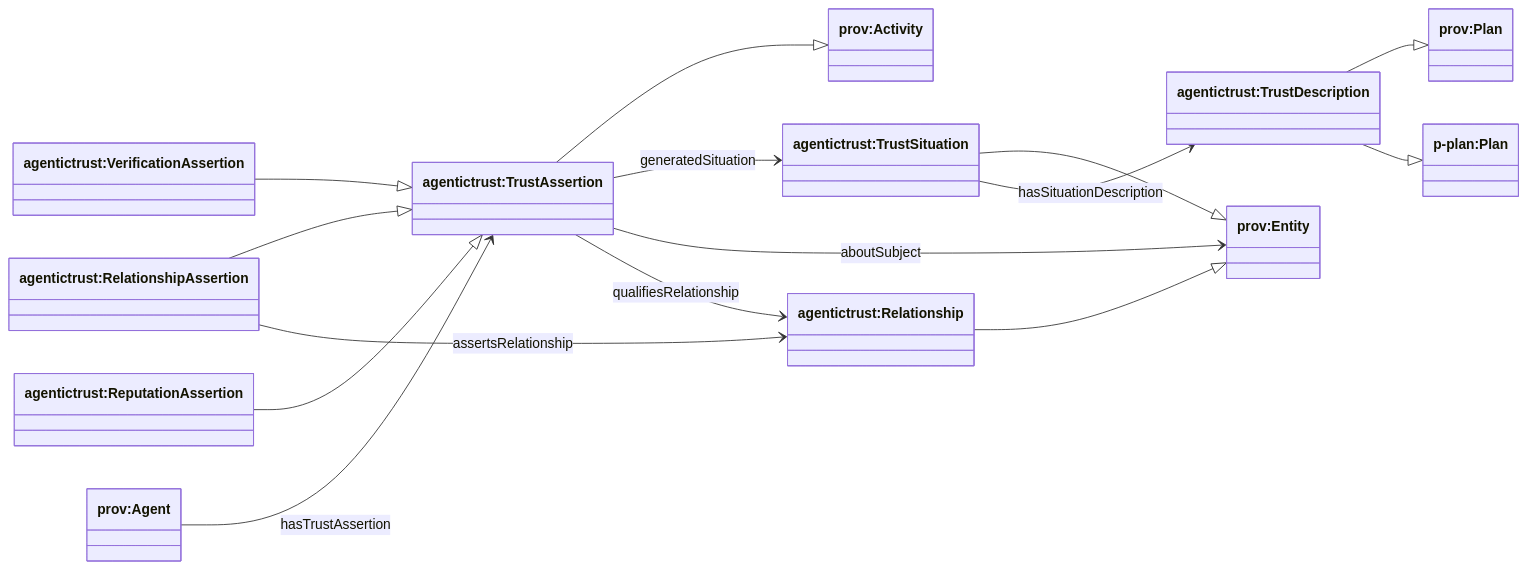
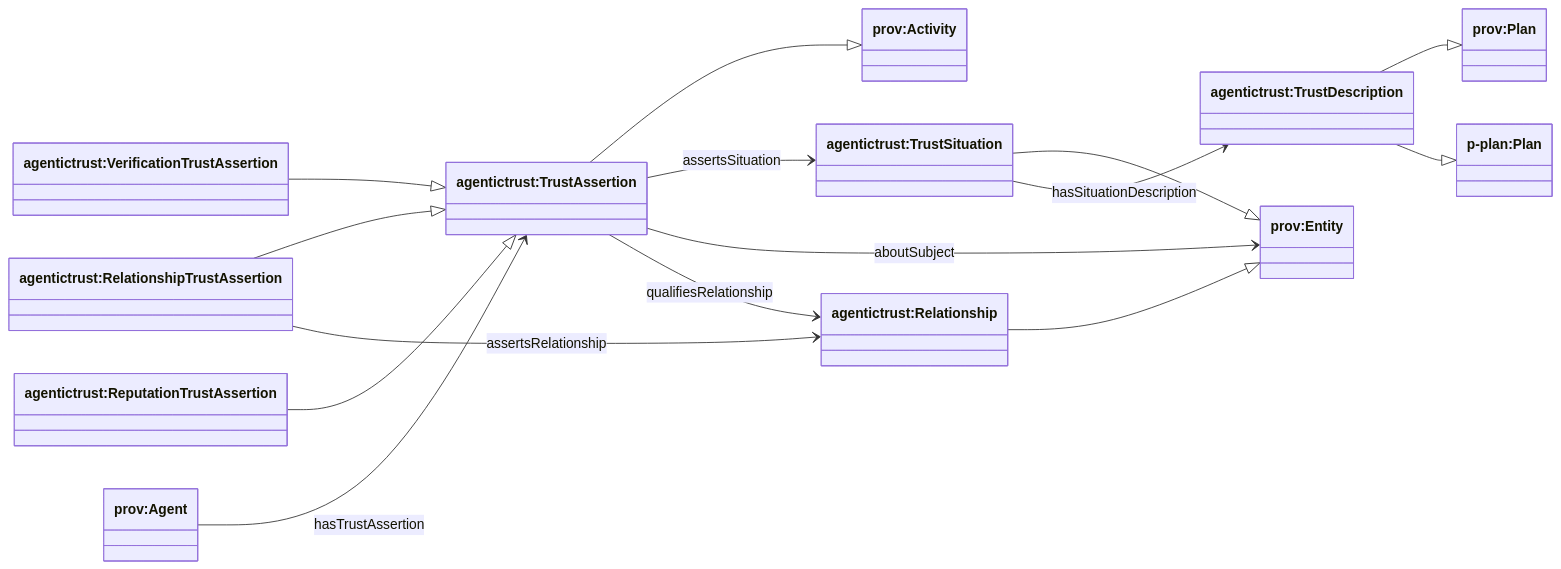
One commit to Agentic-Trust-Layer/agent-explorer changed the first of 2 diagrams in docs/ontology/agentictrust-overview.md. Above: the diagram before and after it, drawn with Mermaid. The commit also changed other lines of this file and 22 other files, not shown here.

````diff
--- a/docs/ontology/agentictrust-overview.md
+++ b/docs/ontology/agentictrust-overview.md
@@ -47,34 +47,34 @@
 ```mermaid
 classDiagram
 direction LR
 
 class provPlan["prov:Plan"]
 class pplanPlan["p-plan:Plan"]
 class provActivity["prov:Activity"]
 class provEntity["prov:Entity"]
 class provAgent["prov:Agent"]
 
 class TrustDescription["agentictrust:TrustDescription"]
 class TrustSituation["agentictrust:TrustSituation"]
 class TrustAssertion["agentictrust:TrustAssertion"]
-class VerificationAssertion["agentictrust:VerificationAssertion"]
-class ReputationAssertion["agentictrust:ReputationAssertion"]
+class VerificationAssertion["agentictrust:VerificationTrustAssertion"]
+class ReputationAssertion["agentictrust:ReputationTrustAssertion"]
 class Relationship["agentictrust:Relationship"]
-class RelationshipAssertion["agentictrust:RelationshipAssertion"]
+class RelationshipAssertion["agentictrust:RelationshipTrustAssertion"]
 
 TrustDescription --|> provPlan
 TrustDescription --|> pplanPlan
 TrustSituation --|> provEntity
 TrustAssertion --|> provActivity
 VerificationAssertion --|> TrustAssertion
 ReputationAssertion --|> TrustAssertion
 Relationship --|> provEntity
 RelationshipAssertion --|> TrustAssertion
 
 TrustSituation --> TrustDescription : hasSituationDescription
-TrustAssertion --> TrustSituation : generatedSituation
+TrustAssertion --> TrustSituation : assertsSituation
 TrustAssertion --> provEntity : aboutSubject
 RelationshipAssertion --> Relationship : assertsRelationship
 TrustAssertion --> Relationship : qualifiesRelationship
 provAgent --> TrustAssertion : hasTrustAssertion
 ```
````
